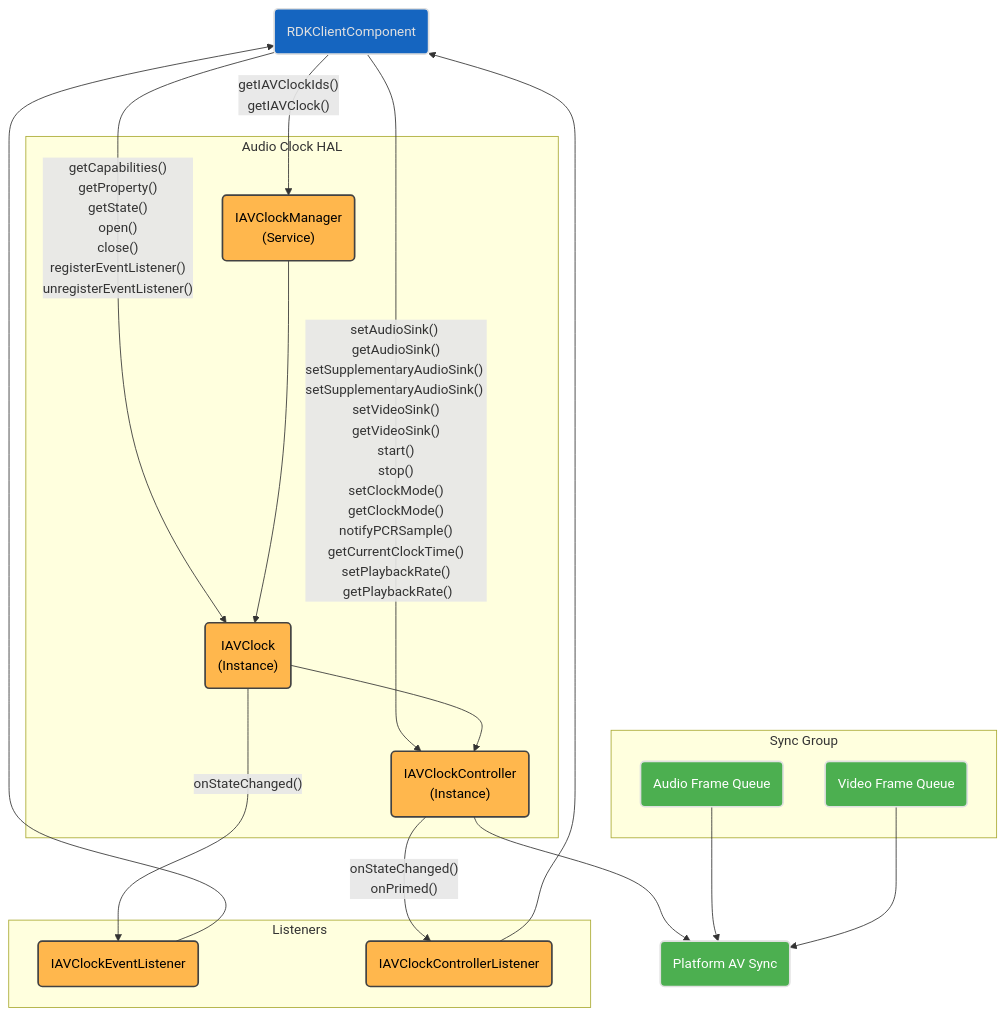
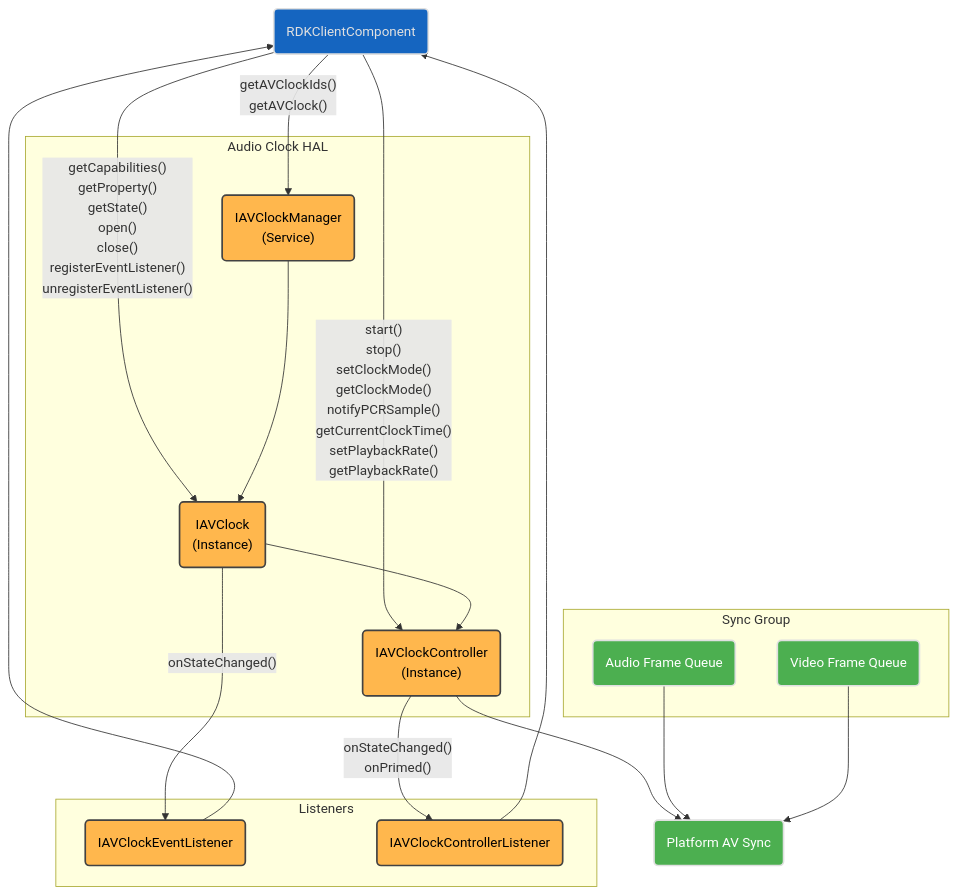
One commit to rdkcentral/rdk-halif-aidl changed the first of 7 diagrams in docs/halif/av_clock/current/av_clock.md. Above: the diagram before and after it, drawn with Mermaid. The commit also changed other lines of this file and 7 other files, not shown here.

First line of the commit message:
feat(audiosink,videosink,avclock)!: sink-owned AVClock association (#355)

````diff
--- a/docs/halif/av_clock/current/av_clock.md
+++ b/docs/halif/av_clock/current/av_clock.md
@@ -103,47 +103,47 @@
 ```mermaid
 flowchart TD
     RDKClientComponent("RDKClientComponent")
     subgraph Listeners["Listeners"]
         IAVClockEventListener("IAVClockEventListener")
         IAVClockControllerListener("IAVClockControllerListener")
     end
     subgraph IAVClockHAL["Audio Clock HAL"]
         IAVClockManager("IAVClockManager <br>(Service)")
         IAVClock("IAVClock <br>(Instance)")
         IAVClockController("IAVClockController <br>(Instance)")
     end
     subgraph SyncGroup["Sync Group"]
         AudioFrameQueue("Audio Frame Queue")
         VideoFrameQueue("Video Frame Queue")
     end
       platformAVSync("Platform AV Sync")
-    RDKClientComponent -- getIAVClockIds() <br> getIAVClock() --> IAVClockManager
+    RDKClientComponent -- getAVClockIds() <br> getAVClock() --> IAVClockManager
     RDKClientComponent -- getCapabilities() <br> getProperty() <br> getState() <br> open() <br> close() <br> registerEventListener() <br> unregisterEventListener() --> IAVClock
-    RDKClientComponent -- setAudioSink() <br> getAudioSink() setSupplementaryAudioSink() setSupplementaryAudioSink() <br> setVideoSink() <br> getVideoSink() <br> start() <br> stop() <br> setClockMode() <br> getClockMode() <br> notifyPCRSample() <br> getCurrentClockTime() <br> setPlaybackRate() <br> getPlaybackRate() --> IAVClockController
+    RDKClientComponent -- start() <br> stop() <br> setClockMode() <br> getClockMode() <br> notifyPCRSample() <br> getCurrentClockTime() <br> setPlaybackRate() <br> getPlaybackRate() --> IAVClockController
     IAVClockManager --> IAVClock --> IAVClockController
     IAVClock -- onStateChanged() --> IAVClockEventListener
     IAVClockController -- onStateChanged() <br> onPrimed() --> IAVClockControllerListener
     IAVClockEventListener --> RDKClientComponent
     IAVClockControllerListener --> RDKClientComponent
     IAVClockController --> platformAVSync
     %% Sync Group
     AudioFrameQueue --> platformAVSync
     VideoFrameQueue --> platformAVSync
 
     classDef background fill:#121212,stroke:none,color:#E0E0E0;
     classDef blue fill:#1565C0,stroke:#E0E0E0,stroke-width:2px,color:#E0E0E0;
     classDef lightGrey fill:#616161,stroke:#E0E0E0,stroke-width:2px,color:#FFFFFF;
     classDef wheat fill:#FFB74D,stroke:#424242,stroke-width:2px,color:#000000;
     classDef green fill:#4CAF50,stroke:#E0E0E0,stroke-width:2px,color:#FFFFFF;
     classDef default fill:#1E1E1E,stroke:#E0E0E0,stroke-width:1px,color:#E0E0E0;
 
     RDKClientComponent:::blue
     IAVClockManager:::wheat
     IAVClockController:::wheat
     IAVClock:::wheat
     IAVClockControllerListener:::wheat
     IAVClockEventListener:::wheat
     platformAVSync:::green
     AudioFrameQueue:::green
     VideoFrameQueue:::green
 ```
````
